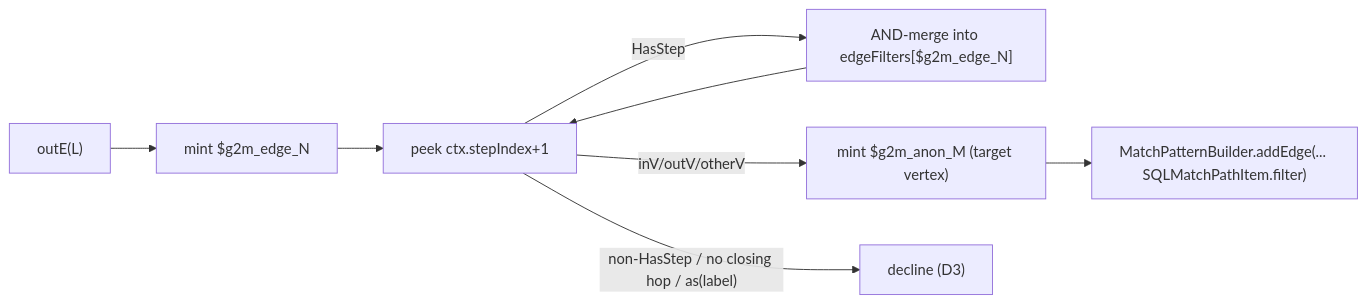
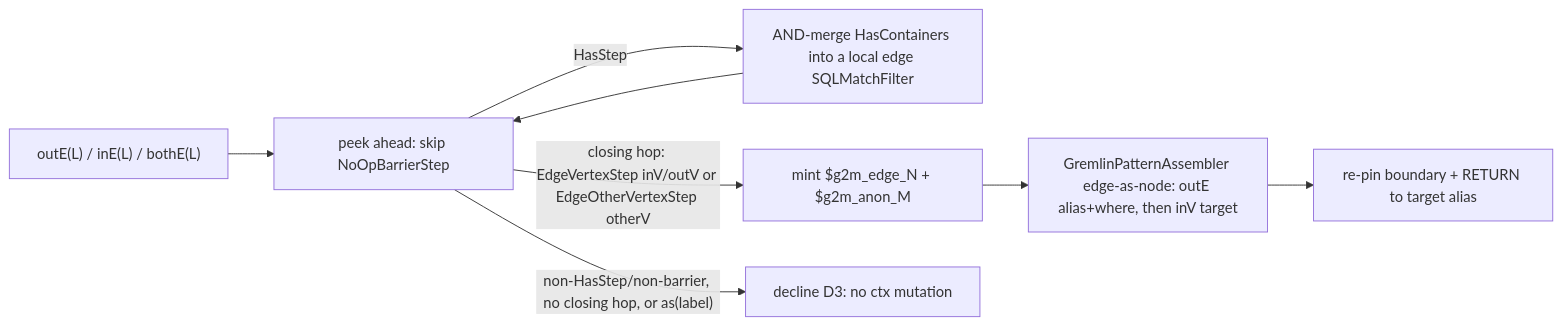
One commit to JetBrains/youtrackdb changed the diagram in docs/adr/gremlin-to-match-translator-design/_workflow/plan/track-3.md. Above: the diagram before and after it, drawn with Mermaid. The commit also changed other lines of this file and 8 other files, not shown here.

````diff
--- a/docs/adr/gremlin-to-match-translator-design/_workflow/plan/track-3.md
+++ b/docs/adr/gremlin-to-match-translator-design/_workflow/plan/track-3.md
@@ -35,10 +55,10 @@
 ```mermaid
 flowchart LR
-    Edge["outE(L)"] --> Mint["mint $g2m_edge_N"]
-    Mint --> Peek["peek ctx.stepIndex+1"]
-    Peek -- HasStep --> Acc["AND-merge into edgeFilters[$g2m_edge_N]"]
+    Edge["outE(L) / inE(L) / bothE(L)"] --> Peek["peek ahead: skip NoOpBarrierStep"]
+    Peek -- HasStep --> Acc["AND-merge HasContainers into a local edge SQLMatchFilter"]
     Acc --> Peek
-    Peek -- inV/outV/otherV --> Target["mint $g2m_anon_M (target vertex)"]
-    Target --> AddEdge["MatchPatternBuilder.addEdge(... SQLMatchPathItem.filter)"]
-    Peek -- non-HasStep / no closing hop / as(label) --> Decline["decline (D3)"]
+    Peek -- "closing hop: EdgeVertexStep inV/outV or EdgeOtherVertexStep otherV" --> Mint["mint $g2m_edge_N + $g2m_anon_M"]
+    Mint --> Assemble["GremlinPatternAssembler edge-as-node: outE alias+where, then inV target"]
+    Assemble --> Repin["re-pin boundary + RETURN to target alias"]
+    Peek -- "non-HasStep/non-barrier, no closing hop, or as(label)" --> Decline["decline D3: no ctx mutation"]
 ```
````
